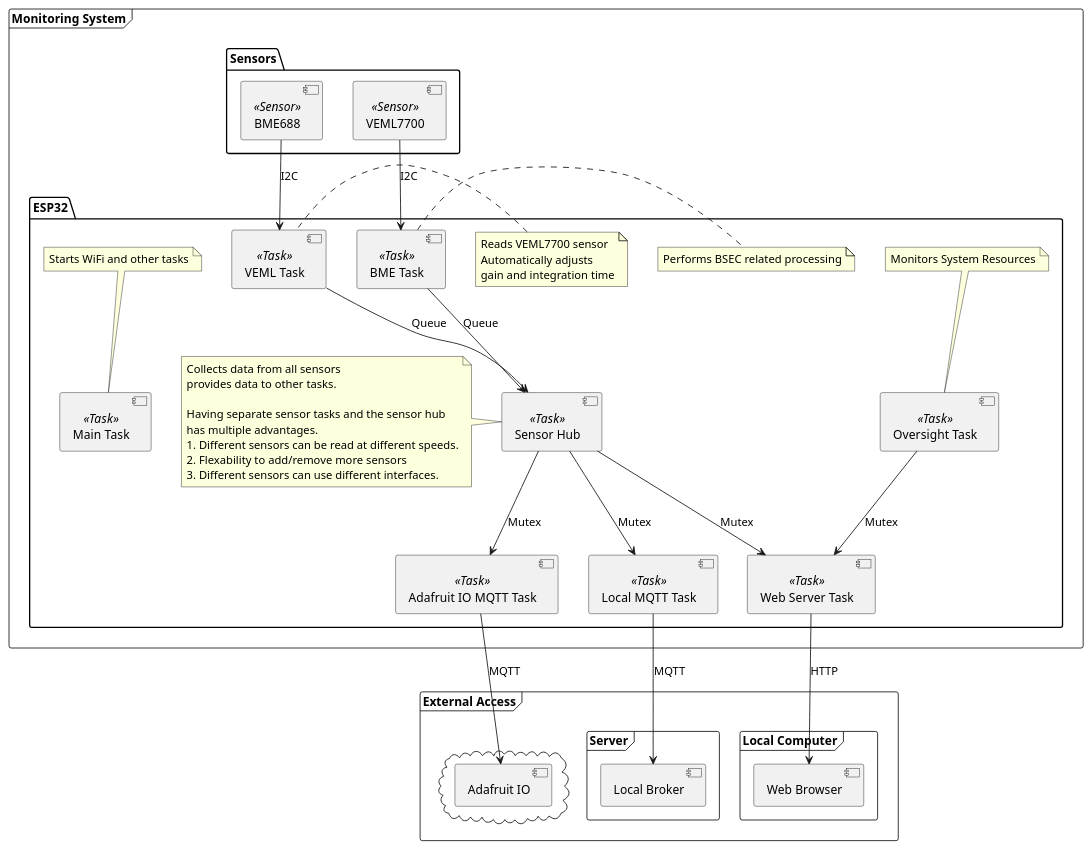
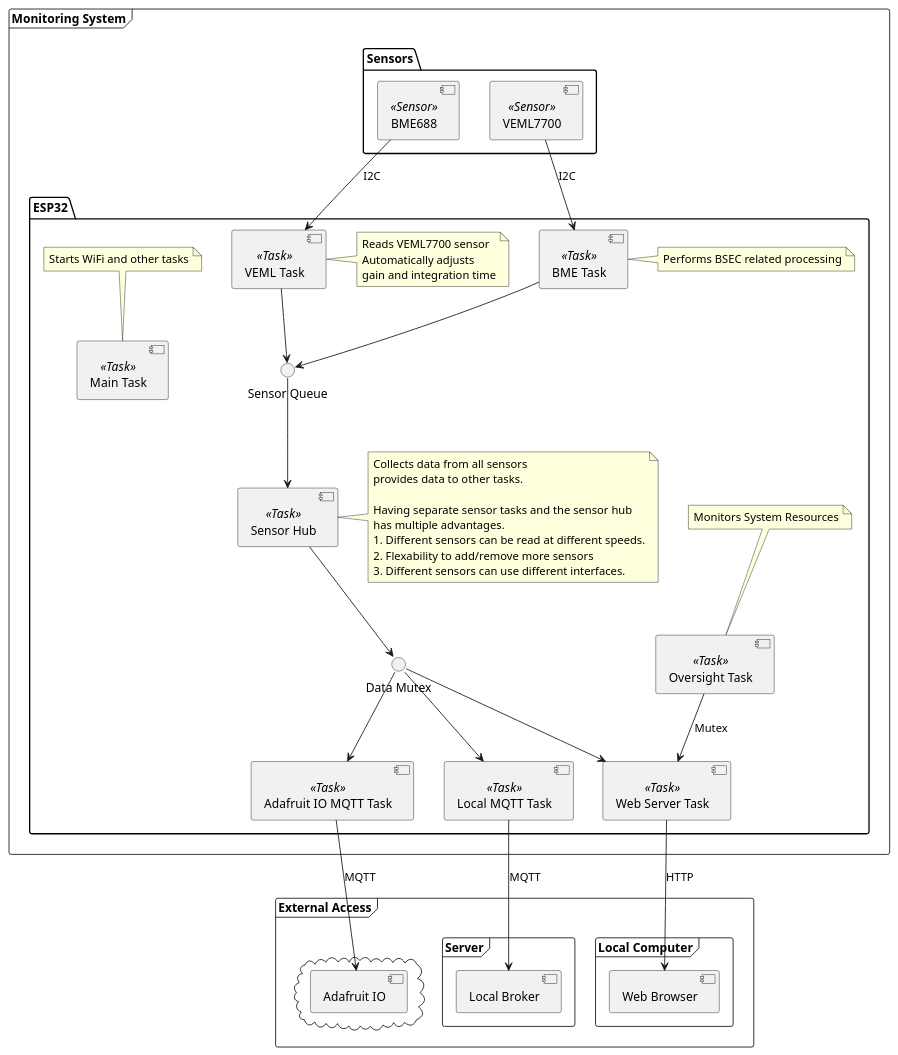
Before and after one commit to marsfan/esp32_envionment_monitor: the diagram in design/tasks.puml, drawn with PlantUML.

Commit message:
Properly reflect shared data interfaces

```diff
--- a/design/tasks.puml
+++ b/design/tasks.puml
@@ -1,80 +1,85 @@
 @startuml tasks
 
 Frame "Monitoring System" {
 
 
     package Sensors {
         [BME688] <<Sensor>>
         [VEML7700] <<Sensor>>
     }
 
 
     package ESP32 {
 
         [Main Task] <<Task>>
         [BME Task] <<Task>>
         [VEML Task] <<Task>>
         [Oversight Task]<<Task>>
         [Sensor Hub] <<Task>>
         [Adafruit IO MQTT Task] <<Task>>
         [Local MQTT Task] <<Task>>
         [Web Server Task] <<Task>>
+        () "Sensor Queue" as SQ
+        () "Data Mutex" as DM
 
         note top of [Main Task]: Starts WiFi and other tasks
         note top of [Oversight Task]: Monitors System Resources
-        note left of [VEML Task]
+        note right of [VEML Task]
             Reads VEML7700 sensor
             Automatically adjusts
             gain and integration time
         end note
         note right of [BME Task]
             Performs BSEC related processing
         end note
         note Left of [Sensor Hub]
             Collects data from all sensors
             provides data to other tasks.
 
             Having separate sensor tasks and the sensor hub
             has multiple advantages.
             1. Different sensors can be read at different speeds.
             2. Flexability to add/remove more sensors
             3. Different sensors can use different interfaces.
         end note
 
 
-        [BME Task] --> [Sensor Hub] : Queue
-        [VEML Task] --> [Sensor Hub]: Queue
-        [Sensor Hub] --> [Local MQTT Task] : Mutex
-        [Sensor Hub] --> [Adafruit IO MQTT Task] : Mutex
-        [Sensor Hub] --> [Web Server Task] : Mutex
+        [BME Task] --> SQ
+        [VEML Task] --> SQ
+        SQ --> [Sensor Hub]
+        [Sensor Hub] --> DM
+        DM --> [Local MQTT Task]
+        DM --> [Adafruit IO MQTT Task]
+        DM --> [Web Server Task]
+
         [Oversight Task] --> [Web Server Task] : Mutex
     }
 }
 
 
 frame "External Access"{
     cloud {
         [Adafruit IO]
     }
 
 
     frame Server {
         [Local Broker]
 
     }
 
     frame "Local Computer" {
         [Web Browser]
     }
 }
 
 [VEML7700] --> [BME Task] : I2C
 [BME688] --> [VEML Task] : I2C
 
 
 [Adafruit IO MQTT Task]
 [Web Server Task] --> [Web Browser] : HTTP
 [Adafruit IO MQTT Task] --> [Adafruit IO] : MQTT
 [Local MQTT Task] --> [Local Broker] : MQTT
 
 @enduml
```
